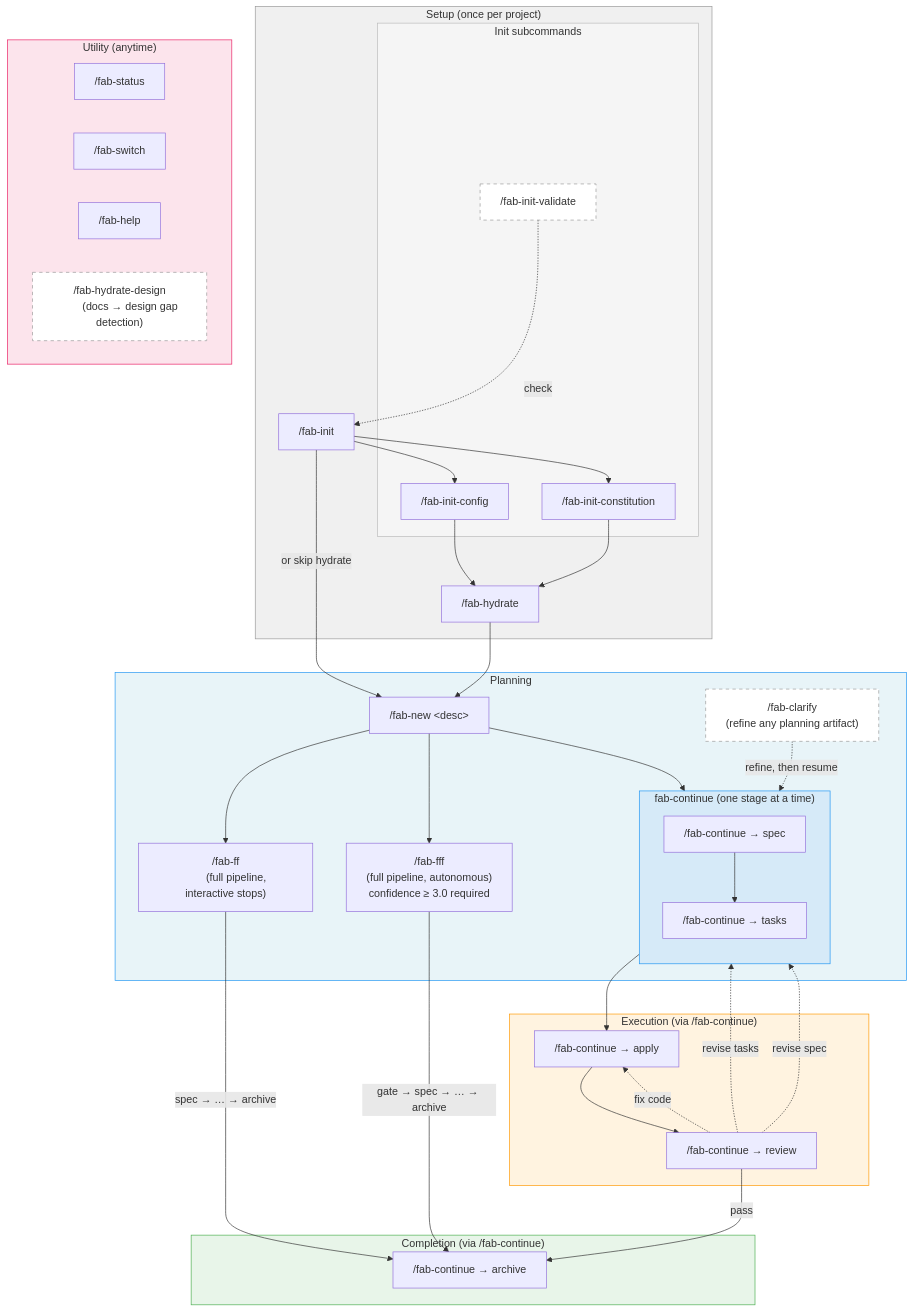
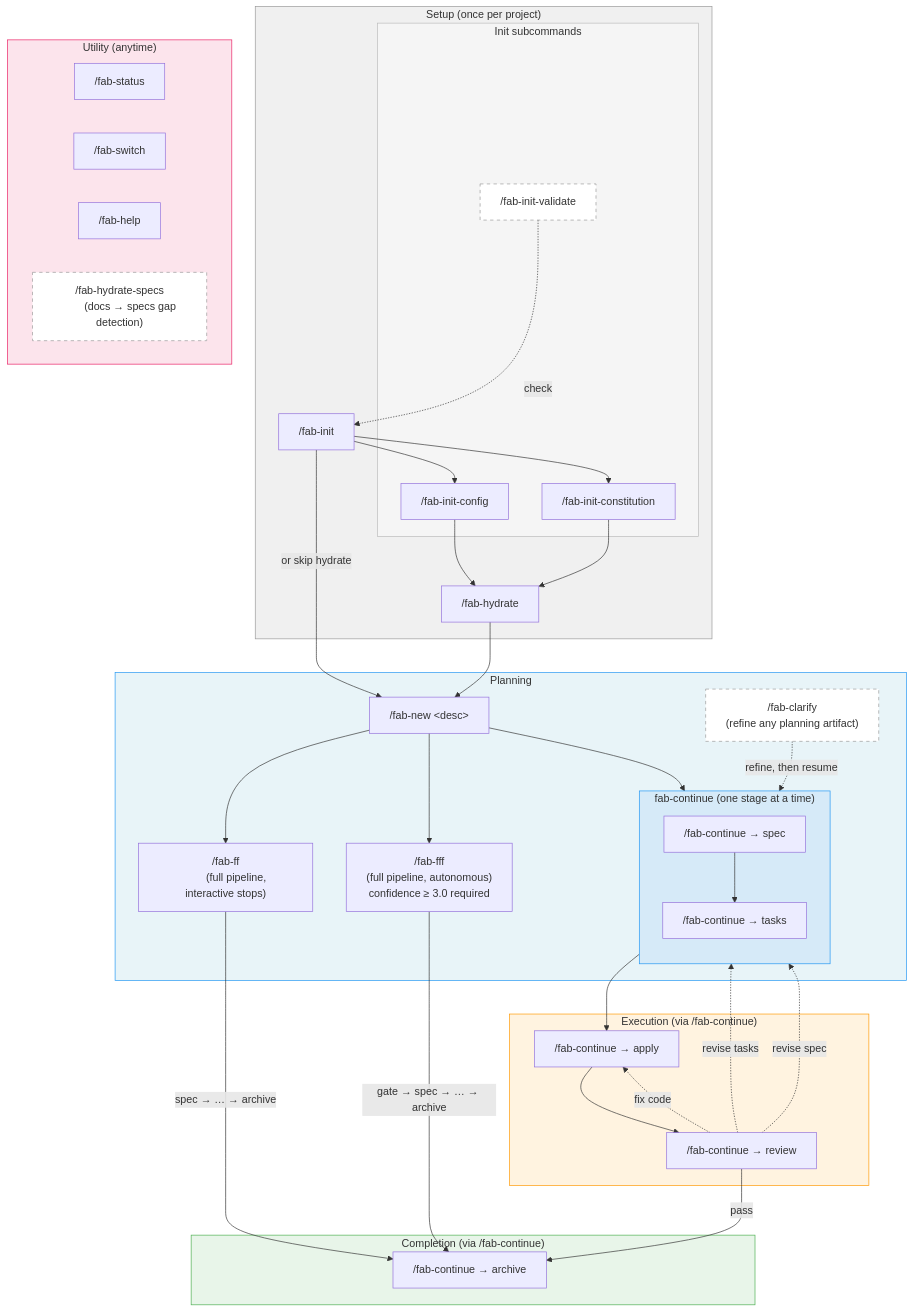
One commit to wvrdz/fab-kit changed the third of 4 diagrams in fab/specs/user-flow.md. Above: the diagram before and after it, drawn with Mermaid. The commit also changed 14 other files, not shown here.

First line of the commit message:
feat: rename fab-hydrate-design → fab-hydrate-specs and fab-reorg-design → fab-reorg-specs (#73)

```diff
--- a/fab/specs/user-flow.md
+++ b/fab/specs/user-flow.md
@@ -110,8 +110,8 @@
         STATUS["/fab-status"]
         SWITCH["/fab-switch"]
         HELP["/fab-help"]
-        BACKFILL["/fab-hydrate-design
-        (docs → design gap detection)"]
+        BACKFILL["/fab-hydrate-specs
+        (docs → specs gap detection)"]
     end
 
     %% Setup
```
